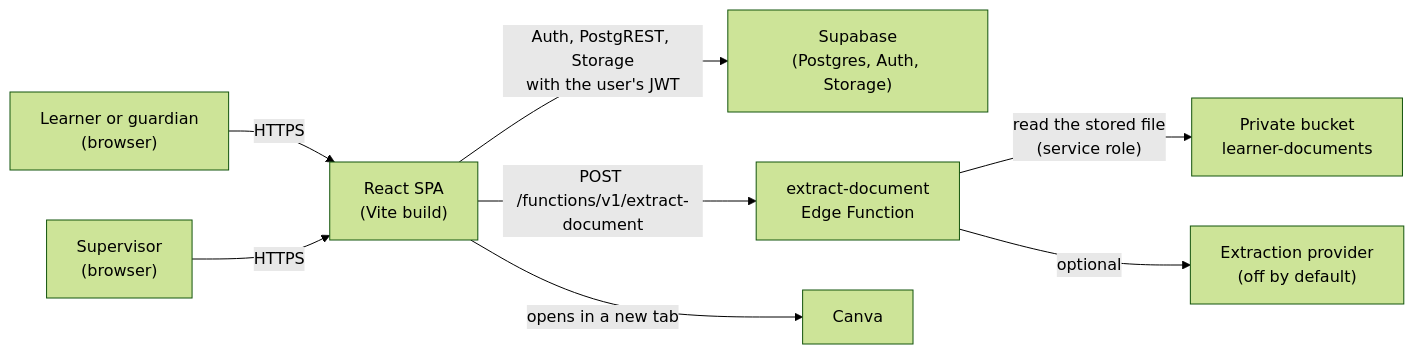
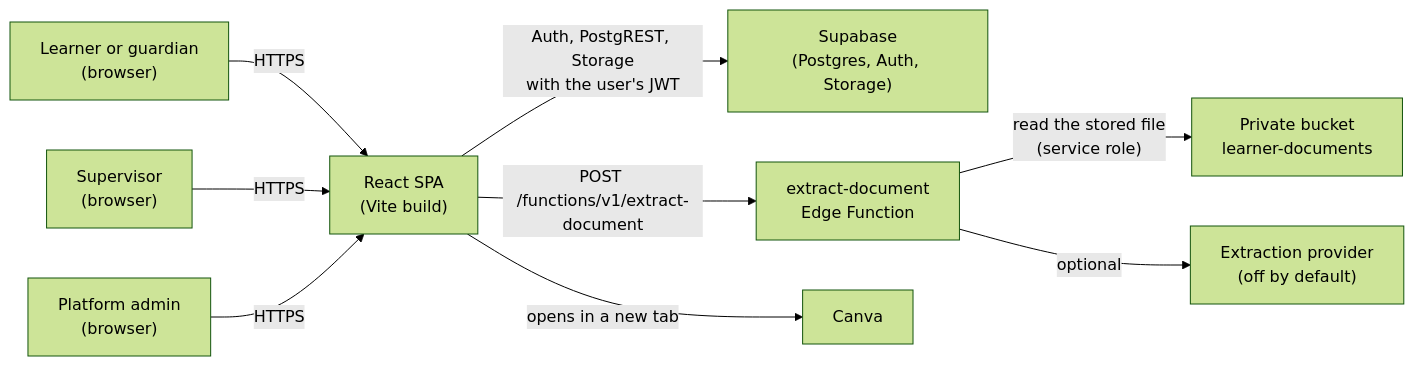
One commit to ayonman100/eabd-learning-platform changed the first of 4 diagrams in docs/architecture/overview.md. Above: the diagram before and after it, drawn with Mermaid (forest theme). The commit also changed other lines of this file and 7 other files, not shown here.

````diff
--- a/docs/architecture/overview.md
+++ b/docs/architecture/overview.md
@@ -15,10 +15,11 @@
 ```mermaid
 flowchart LR
   Learner["Learner or guardian<br/>(browser)"] -->|"HTTPS"| App["React SPA<br/>(Vite build)"]
   Supervisor["Supervisor<br/>(browser)"] -->|"HTTPS"| App
+  Admin["Platform admin<br/>(browser)"] -->|"HTTPS"| App
   App -->|"Auth, PostgREST, Storage<br/>with the user's JWT"| Supabase["Supabase<br/>(Postgres, Auth, Storage)"]
   App -->|"POST /functions/v1/extract-document"| Edge["extract-document<br/>Edge Function"]
   Edge -->|"read the stored file<br/>(service role)"| Storage["Private bucket<br/>learner-documents"]
   Edge -->|"optional"| Provider["Extraction provider<br/>(off by default)"]
   App -->|"opens in a new tab"| Canva["Canva"]
 ```
````
